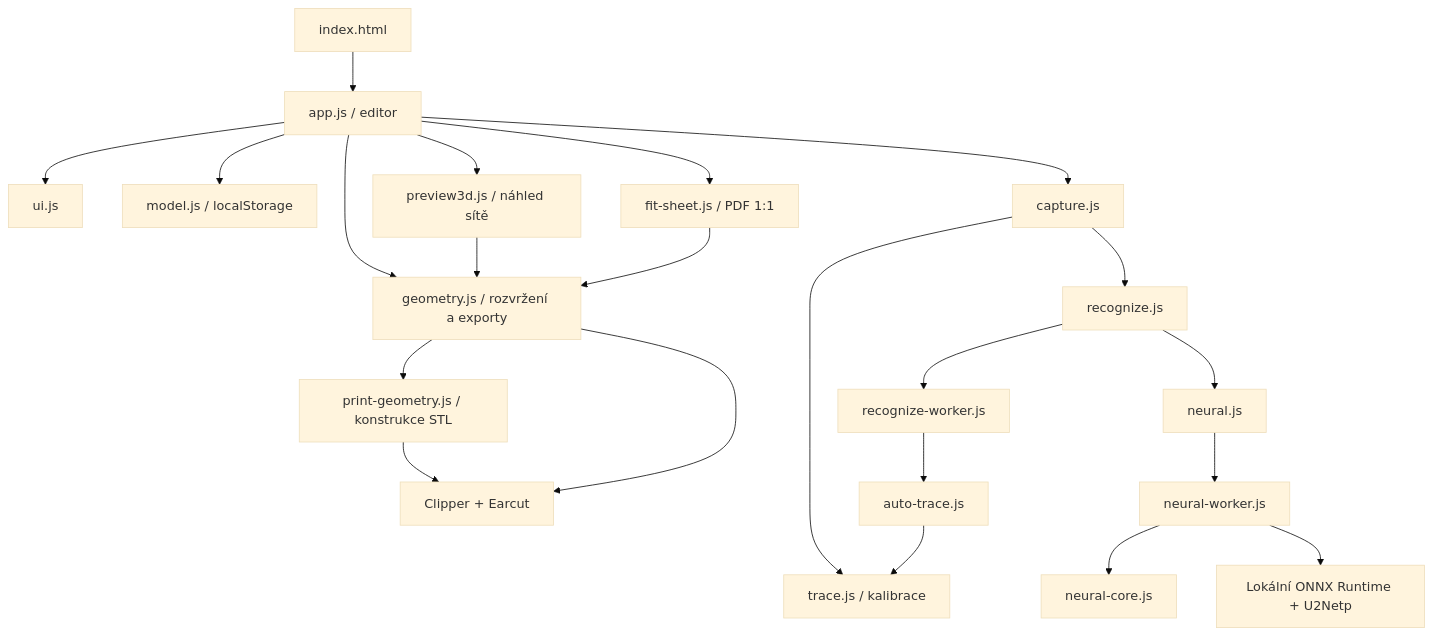
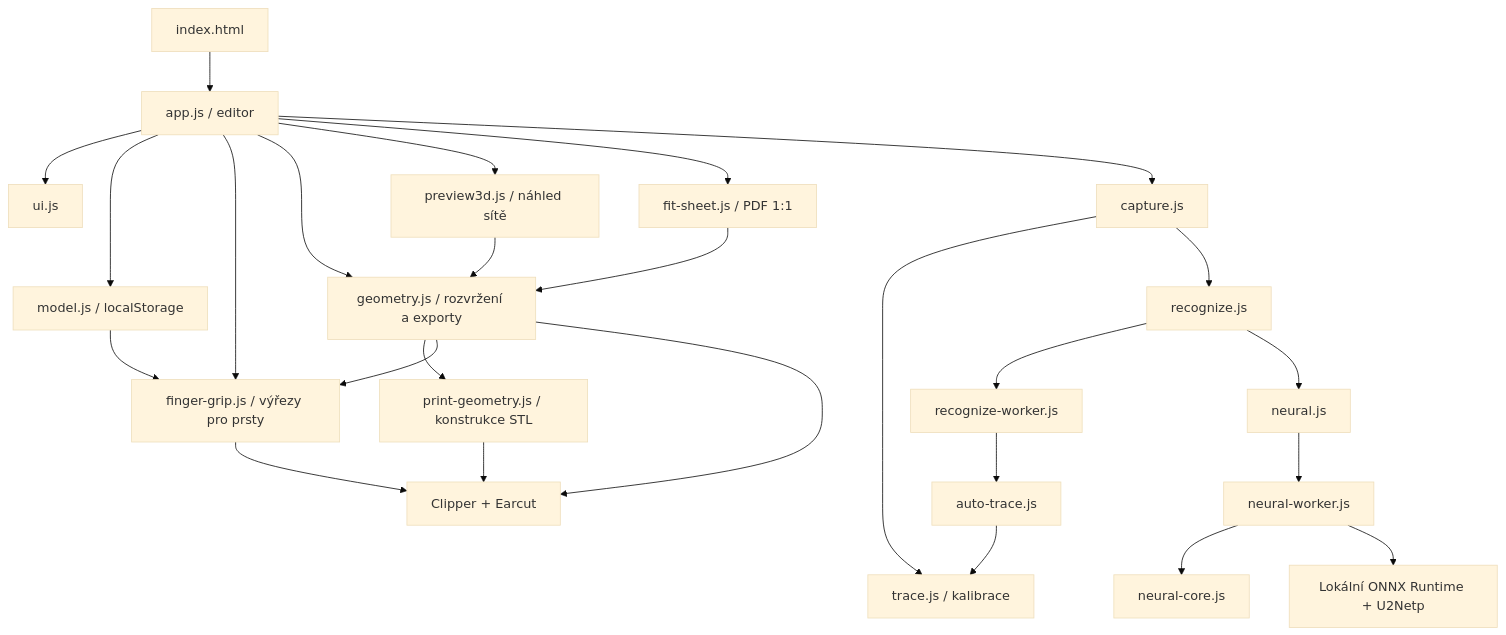
One commit to jaroslavpatocka/InsertCreator changed the diagram in ARCHITECTURE.md. Above: the diagram before and after it, drawn with Mermaid (base theme). The commit also changed other lines of this file and 11 other files, not shown here.

````diff
--- a/ARCHITECTURE.md
+++ b/ARCHITECTURE.md
@@ -28,24 +29,28 @@
 ```mermaid
 flowchart TD
     HTML[index.html] --> APP[app.js / editor]
     APP --> UI[ui.js]
     APP --> MODEL[model.js / localStorage]
+    APP --> GRIP[finger-grip.js / výřezy pro prsty]
+    MODEL --> GRIP
     APP --> GEO[geometry.js / rozvržení a exporty]
     APP --> PREVIEW[preview3d.js / náhled sítě]
     PREVIEW --> GEO
     APP --> PDF[fit-sheet.js / PDF 1:1]
     PDF --> GEO
     APP --> CAP[capture.js]
     CAP --> TRACE[trace.js / kalibrace]
     CAP --> REC[recognize.js]
     REC --> CLASS[recognize-worker.js]
     CLASS --> AUTO[auto-trace.js]
     AUTO --> TRACE
     REC --> NEURAL[neural.js]
     NEURAL --> NW[neural-worker.js]
     NW --> CORE[neural-core.js]
     NW --> ONNX[Lokální ONNX Runtime + U2Netp]
     GEO --> PRINT[print-geometry.js / konstrukce STL]
+    GEO --> GRIP
     GEO --> VENDOR[Clipper + Earcut]
     PRINT --> VENDOR
+    GRIP --> VENDOR
 ```
````
